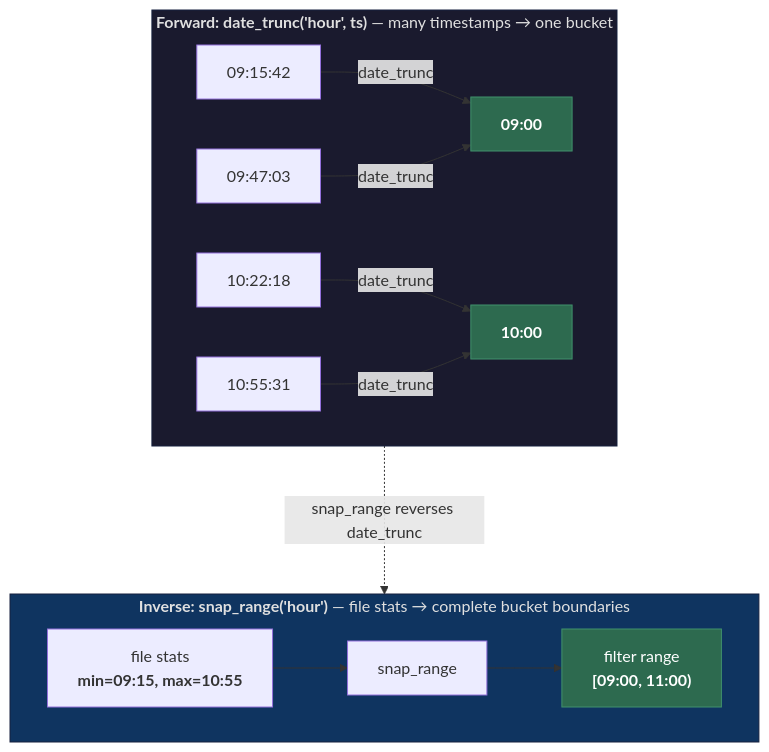
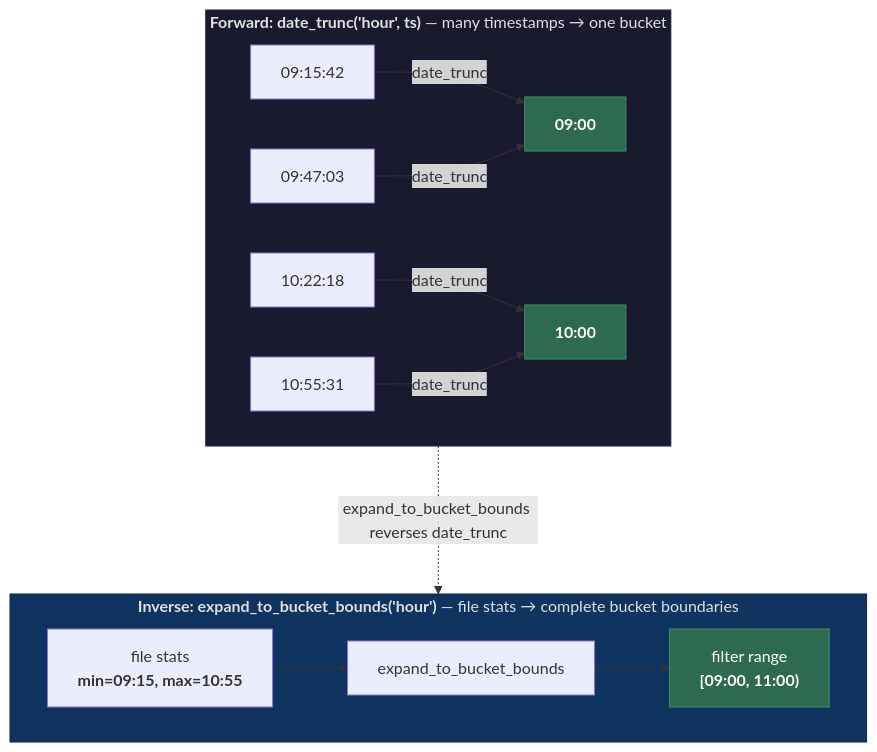
One commit to jonasbrami/iceberg-ivm changed the second of 4 diagrams in README.md. Above: the diagram before and after it, drawn with Mermaid. The commit also changed other lines of this file and 7 other files, not shown here.

First line of the commit message:
refactor: rename snap_range to expand_to_bucket_bounds

````diff
--- a/README.md
+++ b/README.md
@@ -68,24 +68,24 @@
 ```mermaid
 flowchart TB
     subgraph forward["<b>Forward: date_trunc('hour', ts)</b> — many timestamps → one bucket"]
         direction LR
         t1["09:15:42"] & t2["09:47:03"] -->|date_trunc| b1["<b>09:00</b>"]
         t3["10:22:18"] & t4["10:55:31"] -->|date_trunc| b2["<b>10:00</b>"]
     end
 
-    subgraph inverse["<b>Inverse: snap_range('hour')</b> — file stats → complete bucket boundaries"]
+    subgraph inverse["<b>Inverse: expand_to_bucket_bounds('hour')</b> — file stats → complete bucket boundaries"]
         direction LR
         stats["file stats<br/><b>min=09:15, max=10:55</b>"]
-        snap["snap_range"]
+        snap["expand_to_bucket_bounds"]
         result["filter range<br/><b>[09:00, 11:00)</b>"]
         stats --> snap --> result
     end
 
-    forward -..->|"snap_range reverses date_trunc"| inverse
+    forward -..->|"expand_to_bucket_bounds reverses date_trunc"| inverse
 
     style forward fill:#1a1a2e,stroke:#16213e,color:#e0e0e0
     style inverse fill:#0f3460,stroke:#16213e,color:#e0e0e0
     style b1 fill:#2d6a4f,stroke:#40916c,color:#fff
     style b2 fill:#2d6a4f,stroke:#40916c,color:#fff
     style result fill:#2d6a4f,stroke:#40916c,color:#fff
 ```
````
